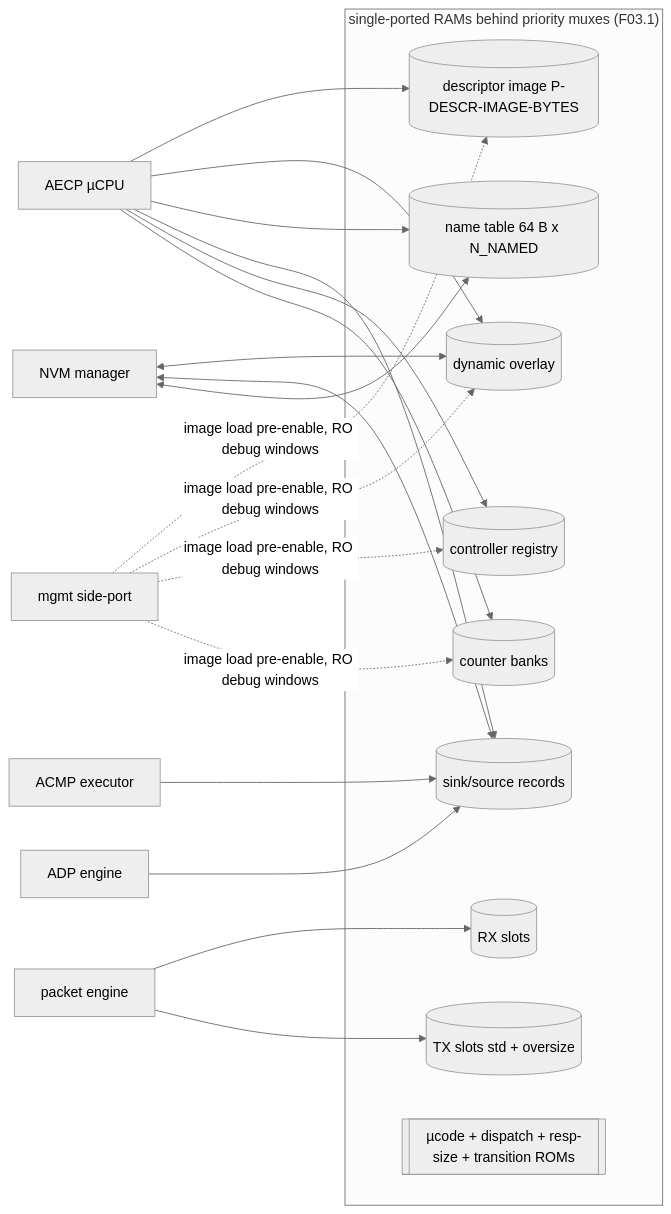
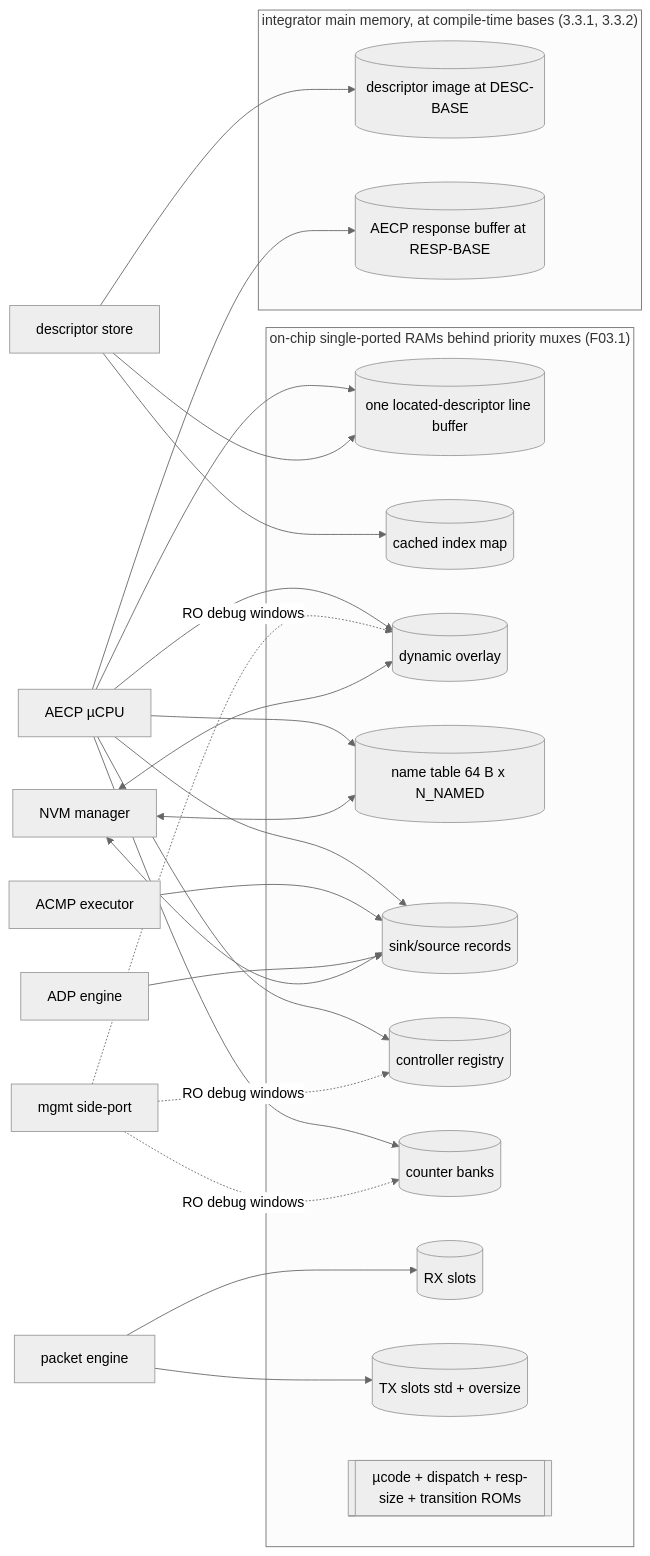
Before and after one commit to Mister-M-alt/protocol-processor-control-plane-avb-milan: the first of 3 diagrams in docs/architecture/07_memory_maps.md, drawn with Mermaid (neutral theme). The commit also changed other lines of this file and 5 other files, not shown here.

````diff
--- a/docs/architecture/07_memory_maps.md
+++ b/docs/architecture/07_memory_maps.md
@@ -14,20 +14,28 @@
 ```mermaid
 flowchart LR
-  subgraph rams ["single-ported RAMs behind priority muxes (F03.1)"]
-    img[("descriptor image P-DESCR-IMAGE-BYTES")]
+  subgraph mainmem ["integrator main memory, at compile-time bases (3.3.1, 3.3.2)"]
+    img[("descriptor image at DESC-BASE")]
+    rsp[("AECP response buffer at RESP-BASE")]
+  end
+  subgraph rams ["on-chip single-ported RAMs behind priority muxes (F03.1)"]
+    line[("one located-descriptor line buffer")]
+    idx[("cached index map")]
     ovl[("dynamic overlay")]
     names[("name table 64 B x N_NAMED")]
     dyn[("sink/source records")]
     reg[("controller registry")]
     ctr[("counter banks")]
     rxs[("RX slots")]
     txs[("TX slots std + oversize")]
     ucr[["µcode + dispatch + resp-size + transition ROMs"]]
   end
-  aecp["AECP µCPU"] --> img & ovl & names & dyn & reg & ctr
+  aecp["AECP µCPU"] --> line & ovl & names & dyn & reg & ctr
+  aecp --> rsp
+  store["descriptor store"] --> img
+  store --> line & idx
   acmp["ACMP executor"] --> dyn
   adp["ADP engine"] --> dyn
   pkt["packet engine"] --> rxs & txs
-  side["mgmt side-port"] -. "image load pre-enable, RO debug windows" .-> img & ovl & reg & ctr
+  side["mgmt side-port"] -. "RO debug windows" .-> ovl & reg & ctr
   nvmm["NVM manager"] <--> ovl & dyn & names
 ```
````
